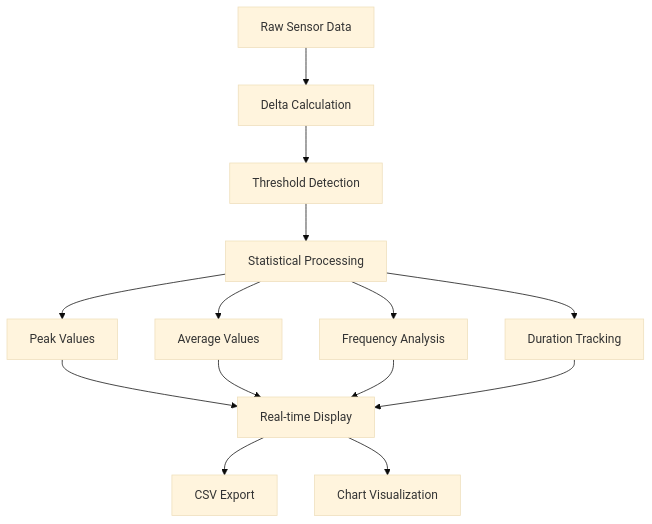
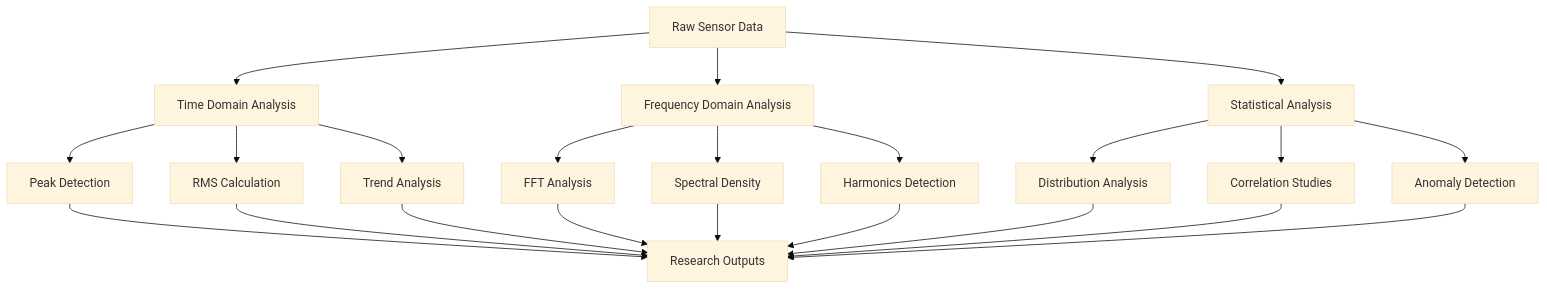
Before and after one commit to Red-misst/vibrations: diagram 13 of 18 in README.md, drawn with Mermaid (base theme). The commit also changed other lines of this file, not shown here.

Commit message:
second commit

````diff
--- a/README.md
+++ b/README.md
@@ -813,19 +812,28 @@
 ```mermaid
 graph TD
-    A[Raw Sensor Data] --> B[Delta Calculation]
-    B --> C[Threshold Detection]
-    C --> D[Statistical Processing]
+    A[Raw Sensor Data] --> B[Time Domain Analysis]
+    A --> C[Frequency Domain Analysis]
+    A --> D[Statistical Analysis]
     
-    D --> E[Peak Values]
-    D --> F[Average Values]
-    D --> G[Frequency Analysis]
-    D --> H[Duration Tracking]
+    B --> E[Peak Detection]
+    B --> F[RMS Calculation]
+    B --> G[Trend Analysis]
     
-    E --> I[Real-time Display]
-    F --> I
-    G --> I
-    H --> I
+    C --> H[FFT Analysis]
+    C --> I[Spectral Density]
+    C --> J[Harmonics Detection]
     
-    I --> J[CSV Export]
-    I --> K[Chart Visualization]
+    D --> K[Distribution Analysis]
+    D --> L[Correlation Studies]
+    D --> M[Anomaly Detection]
+    
+    E --> N[Research Outputs]
+    F --> N
+    G --> N
+    H --> N
+    I --> N
+    J --> N
+    K --> N
+    L --> N
+    M --> N
 ```
````
